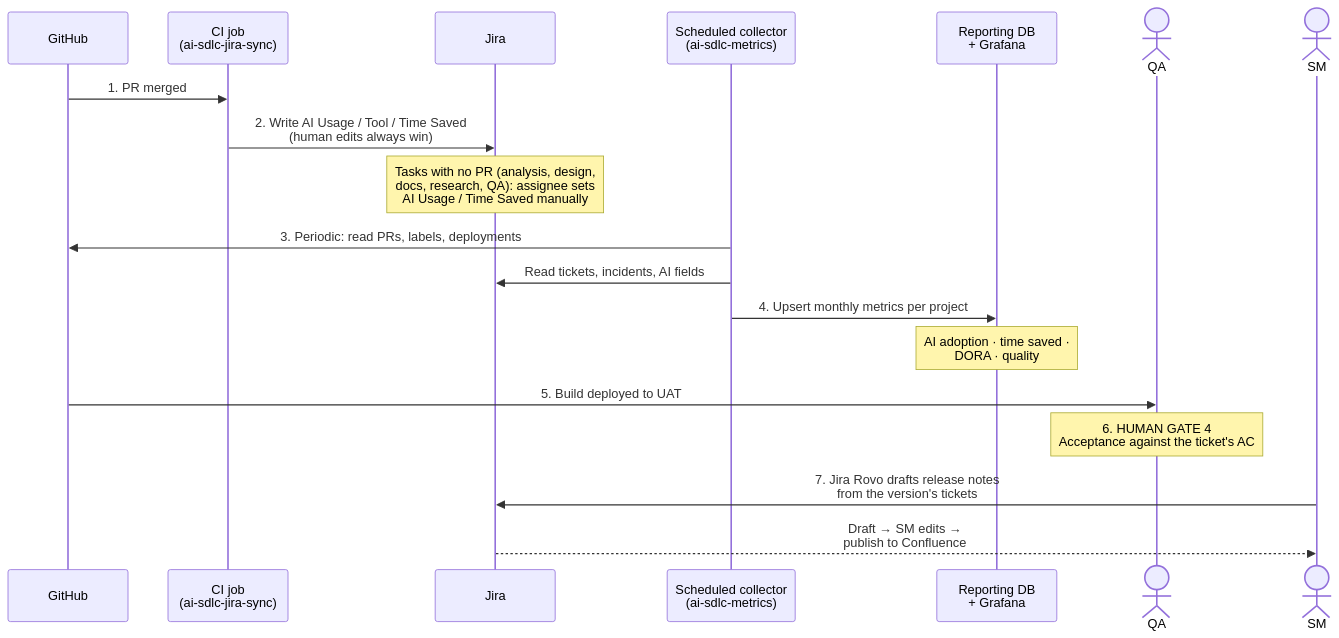
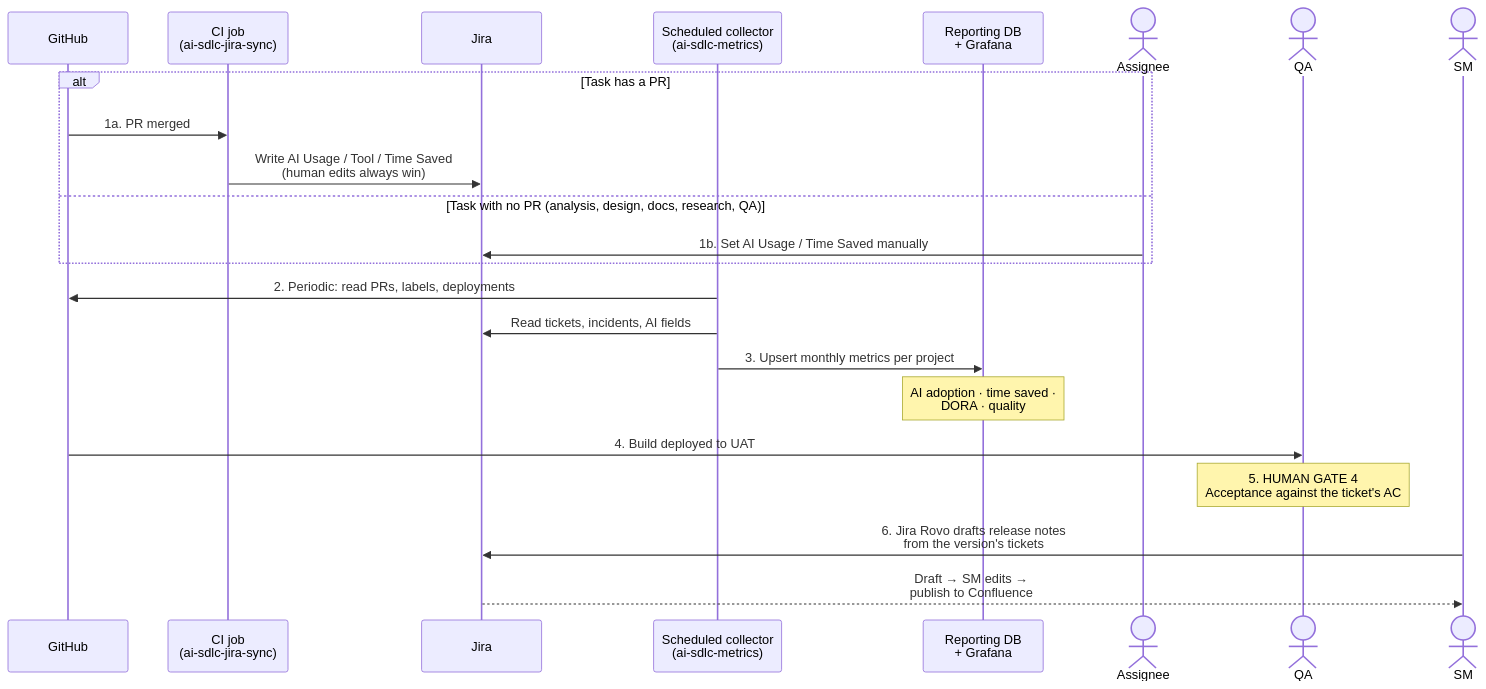
The sixth of 6 diagrams in docs/aidc-workflow-future.md (Seta-International/ai-sdlc-metrics), drawn with Mermaid before and after one commit.

Commit message:
docs: show manual no-PR Jira entry as an explicit branch in the P5 diagram

````diff
--- a/docs/aidc-workflow-future.md
+++ b/docs/aidc-workflow-future.md
@@ -237,22 +237,26 @@
 ```mermaid
 sequenceDiagram
     participant GH as GitHub
     participant CI as CI job<br/>(ai-sdlc-jira-sync)
     participant Jira
     participant Col as Scheduled collector<br/>(ai-sdlc-metrics)
     participant Graf as Reporting DB<br/>+ Grafana
+    actor Asg as Assignee
     actor QA
     actor SM
 
-    GH->>CI: 1. PR merged
-    CI->>Jira: 2. Write AI Usage / Tool / Time Saved<br/>(human edits always win)
-    Note over Jira: Tasks with no PR (analysis, design,<br/>docs, research, QA): assignee sets<br/>AI Usage / Time Saved manually
-    Col->>GH: 3. Periodic: read PRs, labels, deployments
+    alt Task has a PR
+        GH->>CI: 1a. PR merged
+        CI->>Jira: Write AI Usage / Tool / Time Saved<br/>(human edits always win)
+    else Task with no PR (analysis, design, docs, research, QA)
+        Asg->>Jira: 1b. Set AI Usage / Time Saved manually
+    end
+    Col->>GH: 2. Periodic: read PRs, labels, deployments
     Col->>Jira: Read tickets, incidents, AI fields
-    Col->>Graf: 4. Upsert monthly metrics per project
+    Col->>Graf: 3. Upsert monthly metrics per project
     Note over Graf: AI adoption · time saved ·<br/>DORA · quality
-    GH->>QA: 5. Build deployed to UAT
-    Note over QA: 6. HUMAN GATE 4<br/>Acceptance against the ticket's AC
-    SM->>Jira: 7. Jira Rovo drafts release notes<br/>from the version's tickets
+    GH->>QA: 4. Build deployed to UAT
+    Note over QA: 5. HUMAN GATE 4<br/>Acceptance against the ticket's AC
+    SM->>Jira: 6. Jira Rovo drafts release notes<br/>from the version's tickets
     Jira-->>SM: Draft → SM edits →<br/>publish to Confluence
 ```
````
